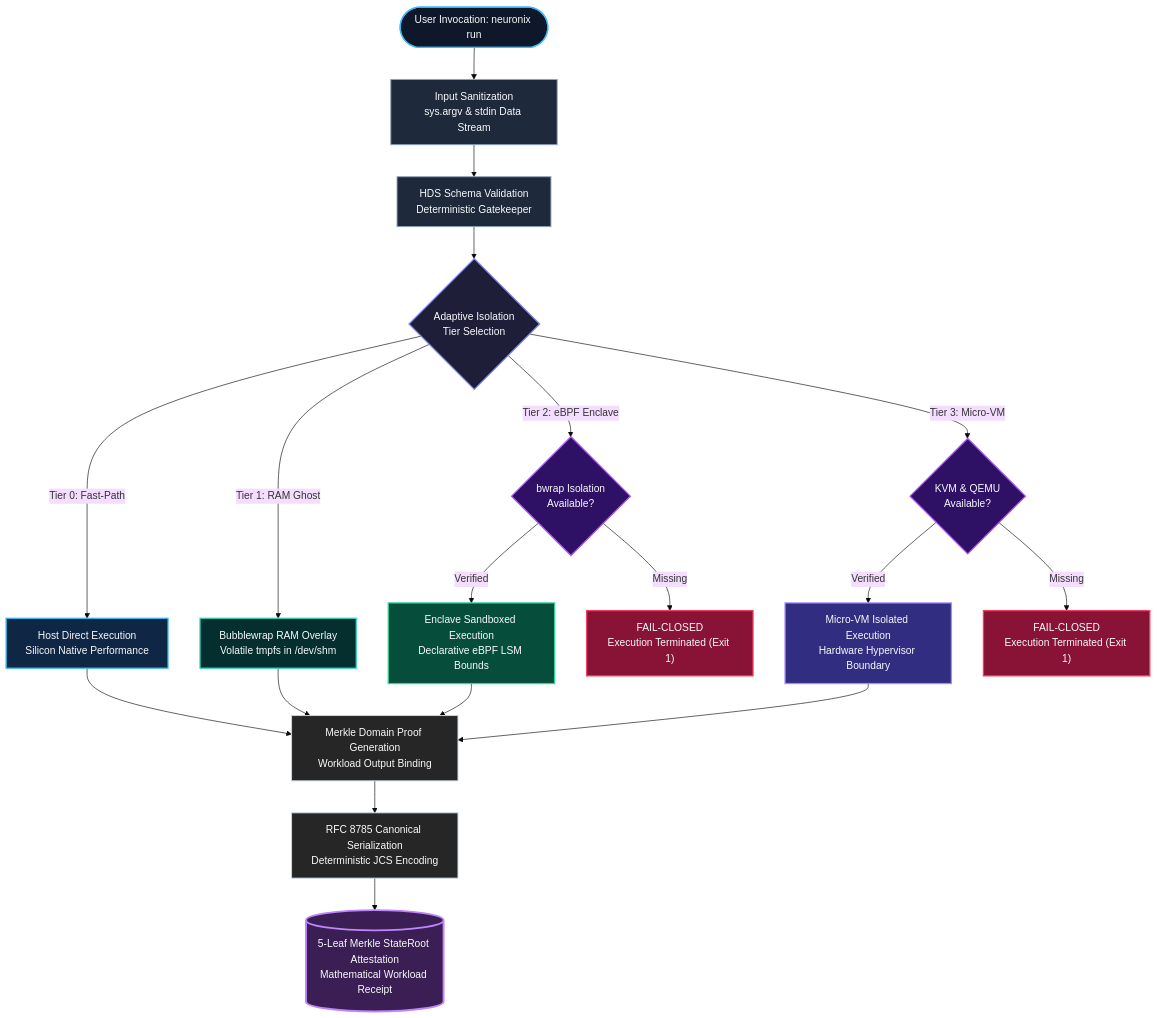
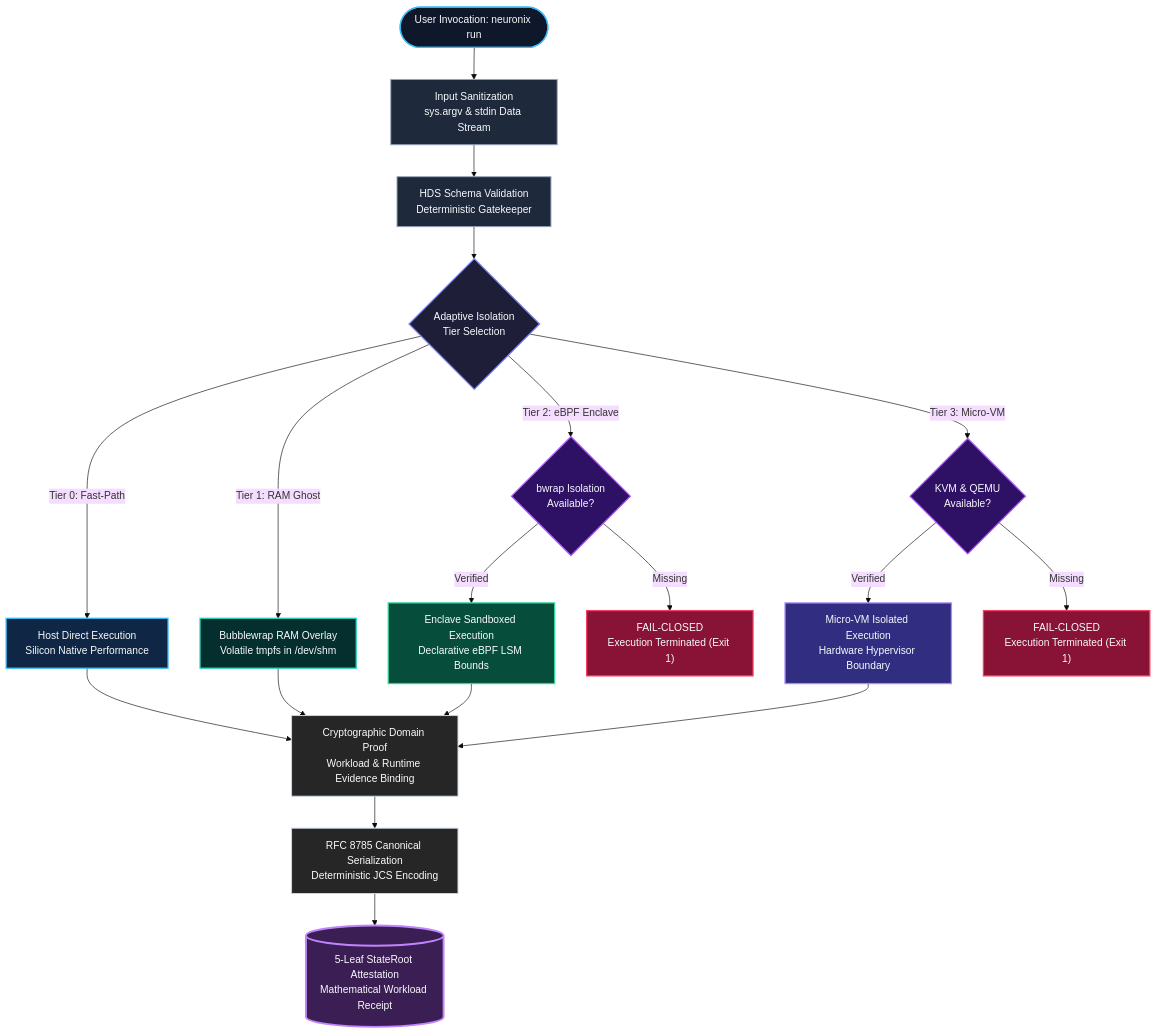
Before and after one commit to adamriofc/NeuronixOS: the fifth of 5 diagrams in README.md, drawn with Mermaid (base theme). The commit also changed other lines of this file and 9 other files, not shown here.

Commit message:
fix(closure): enforce ECMAScript JCS number formatting, real VM boundary, and proof runtime binding

````diff
--- a/README.md
+++ b/README.md
@@ -952,37 +944,37 @@
 ```mermaid
 flowchart TD
     INV(["User Invocation: neuronix run"]):::triggerNode --> SANITIZE["Input Sanitization<br>sys.argv & stdin Data Stream"]:::processNode
     SANITIZE --> VALIDATE["HDS Schema Validation<br>Deterministic Gatekeeper"]:::processNode
     VALIDATE --> TIER_CHECK{"Adaptive Isolation<br>Tier Selection"}:::decisionNode
 
     TIER_CHECK -->|"Tier 0: Fast-Path"| TIER0["Host Direct Execution<br>Silicon Native Performance"]:::tier0Node
     TIER_CHECK -->|"Tier 1: RAM Ghost"| TIER1["Bubblewrap RAM Overlay<br>Volatile tmpfs in /dev/shm"]:::tier1Node
     TIER_CHECK -->|"Tier 2: eBPF Enclave"| ENCLAVE_GATE{"bwrap Isolation<br>Available?"}:::gateNode
     TIER_CHECK -->|"Tier 3: Micro-VM"| KVM_GATE{"KVM & QEMU<br>Available?"}:::gateNode
 
     ENCLAVE_GATE -->|"Verified"| TIER2["Enclave Sandboxed Execution<br>Declarative eBPF LSM Bounds"]:::tier2Node
     ENCLAVE_GATE -->|"Missing"| FAIL2["FAIL-CLOSED<br>Execution Terminated (Exit 1)"]:::failClosedNode
 
     KVM_GATE -->|"Verified"| TIER3["Micro-VM Isolated Execution<br>Hardware Hypervisor Boundary"]:::tier3Node
     KVM_GATE -->|"Missing"| FAIL3["FAIL-CLOSED<br>Execution Terminated (Exit 1)"]:::failClosedNode
 
-    TIER0 --> PROOF["Merkle Domain Proof Generation<br>Workload Output Binding"]:::proofNode
+    TIER0 --> PROOF["Cryptographic Domain Proof<br>Workload & Runtime Evidence Binding"]:::proofNode
     TIER1 --> PROOF
     TIER2 --> PROOF
     TIER3 --> PROOF
 
     PROOF --> JCS["RFC 8785 Canonical Serialization<br>Deterministic JCS Encoding"]:::proofNode
-    JCS --> ROOT[("5-Leaf Merkle StateRoot Attestation<br>Mathematical Workload Receipt")]:::stateNode
+    JCS --> ROOT[("5-Leaf StateRoot Attestation<br>Mathematical Workload Receipt")]:::stateNode
 
     classDef triggerNode fill:#0f172a,stroke:#38bdf8,stroke-width:2px,color:#f8fafc;
     classDef processNode fill:#1e293b,stroke:#94a3b8,stroke-width:1.5px,color:#f8fafc;
     classDef decisionNode fill:#1e1e38,stroke:#818cf8,stroke-width:2px,color:#f8fafc;
     classDef gateNode fill:#2e1065,stroke:#a855f7,stroke-width:2px,color:#f8fafc;
     classDef tier0Node fill:#0f2744,stroke:#38bdf8,stroke-width:2px,color:#f8fafc;
     classDef tier1Node fill:#042f2e,stroke:#2dd4bf,stroke-width:2px,color:#f8fafc;
     classDef tier2Node fill:#064e3b,stroke:#34d399,stroke-width:2px,color:#f8fafc;
     classDef tier3Node fill:#312e81,stroke:#a78bfa,stroke-width:2px,color:#f8fafc;
     classDef failClosedNode fill:#881337,stroke:#f43f5e,stroke-width:2px,color:#f8fafc;
     classDef proofNode fill:#262626,stroke:#cbd5e1,stroke-width:1.5px,color:#f8fafc;
     classDef stateNode fill:#3b1e54,stroke:#c084fc,stroke-width:3px,color:#f8fafc;
 ```
````
